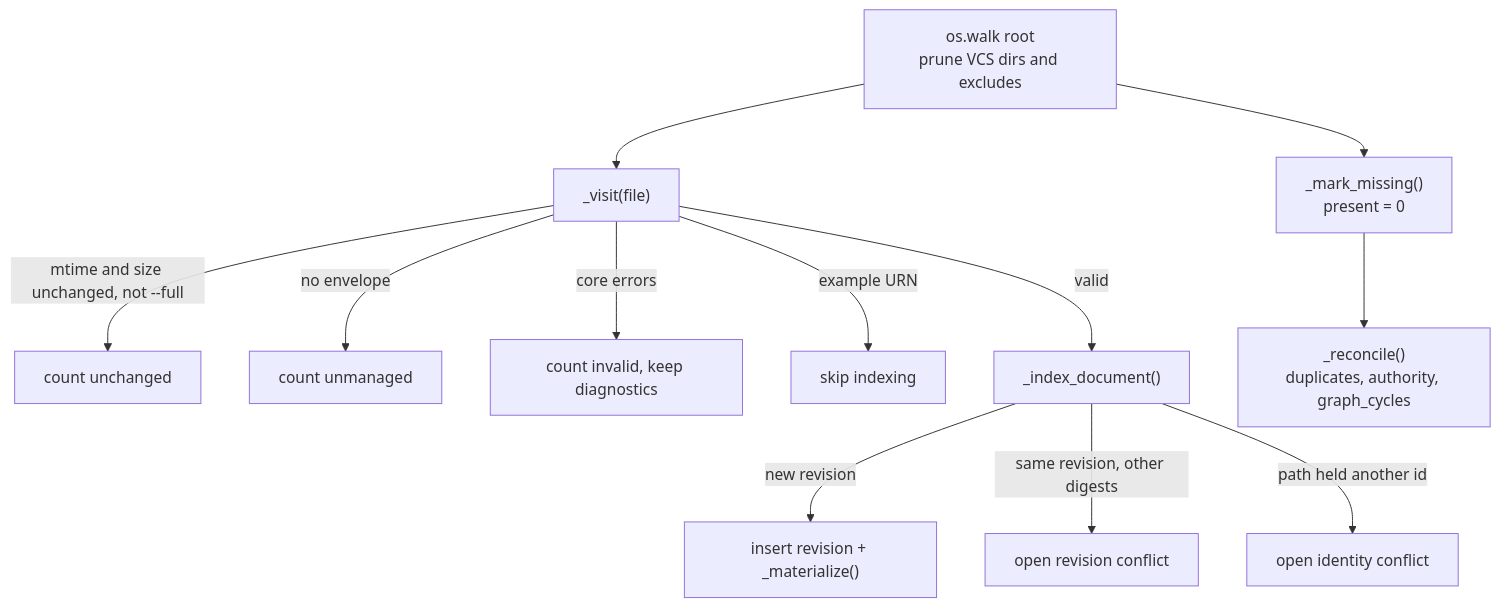
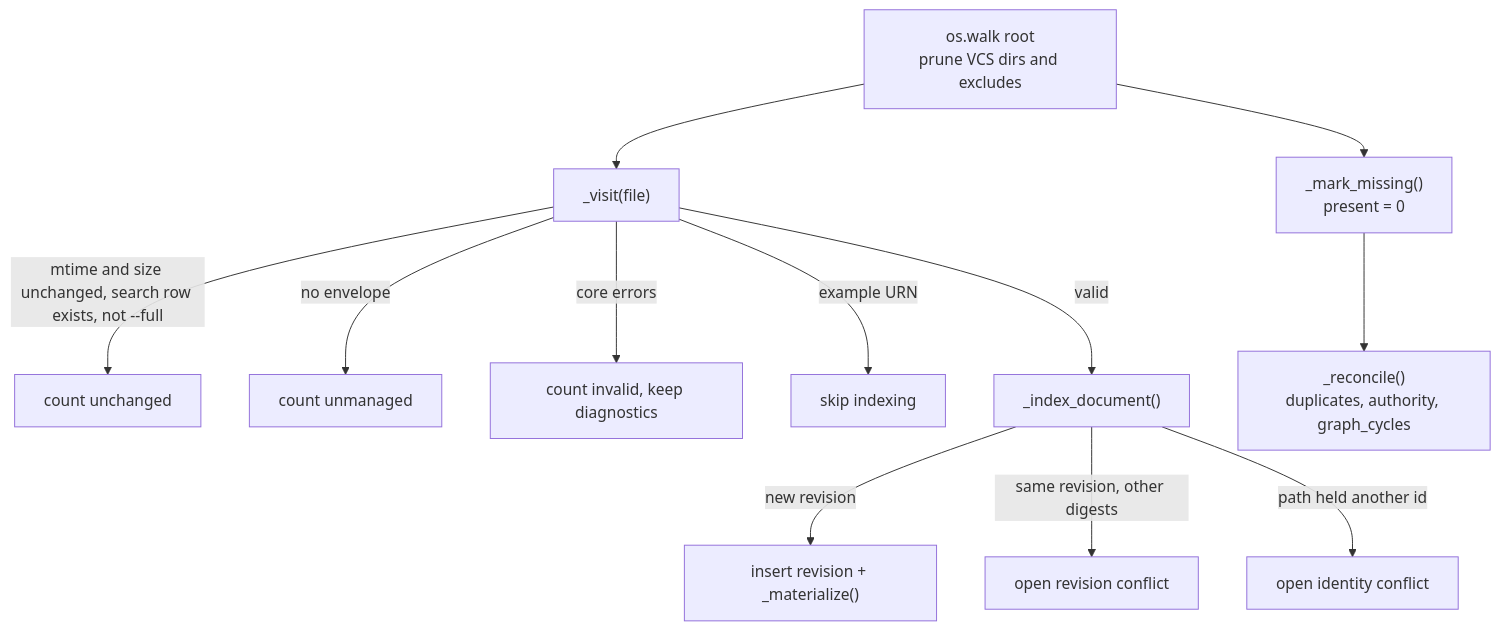
Before and after one commit to calisweetleaf/somnus-metadata: the diagram in droid-wiki/systems/registry.md, drawn with Mermaid. The commit also changed other lines of this file and 31 other files, not shown here.

````diff
--- a/droid-wiki/systems/registry.md
+++ b/droid-wiki/systems/registry.md
@@ -69,14 +78,14 @@
 ```mermaid
 graph TD
     Walk["os.walk root<br/>prune VCS dirs and excludes"] --> Visit["_visit(file)"]
-    Visit -->|"mtime and size unchanged, not --full"| Unchanged["count unchanged"]
+    Visit -->|"mtime and size unchanged, search row exists, not --full"| Unchanged["count unchanged"]
     Visit -->|"no envelope"| Unmanaged["count unmanaged"]
     Visit -->|"core errors"| Invalid["count invalid, keep diagnostics"]
     Visit -->|"example URN"| Example["skip indexing"]
     Visit -->|"valid"| Index["_index_document()"]
     Index -->|"new revision"| Mat["insert revision + _materialize()"]
     Index -->|"same revision, other digests"| RevC["open revision conflict"]
     Index -->|"path held another id"| IdC["open identity conflict"]
     Walk --> Missing["_mark_missing()<br/>present = 0"]
     Missing --> Rec["_reconcile()<br/>duplicates, authority, graph_cycles"]
 ```
````
